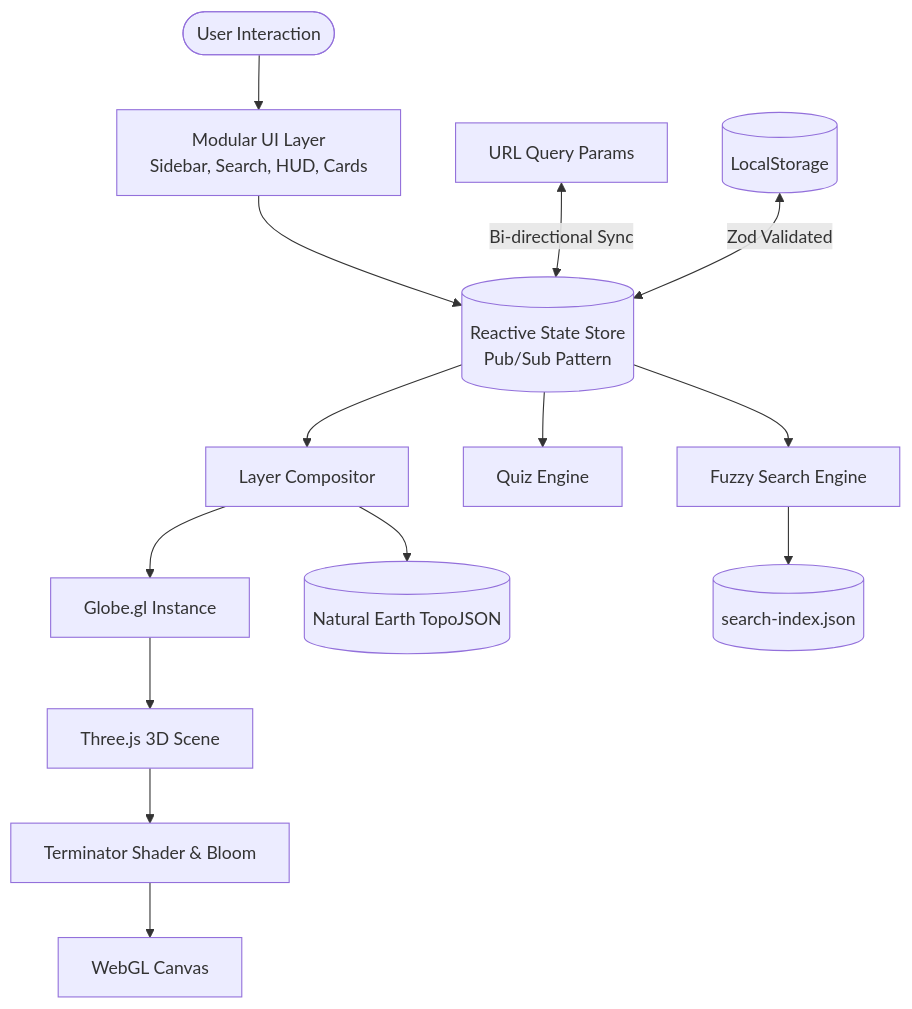
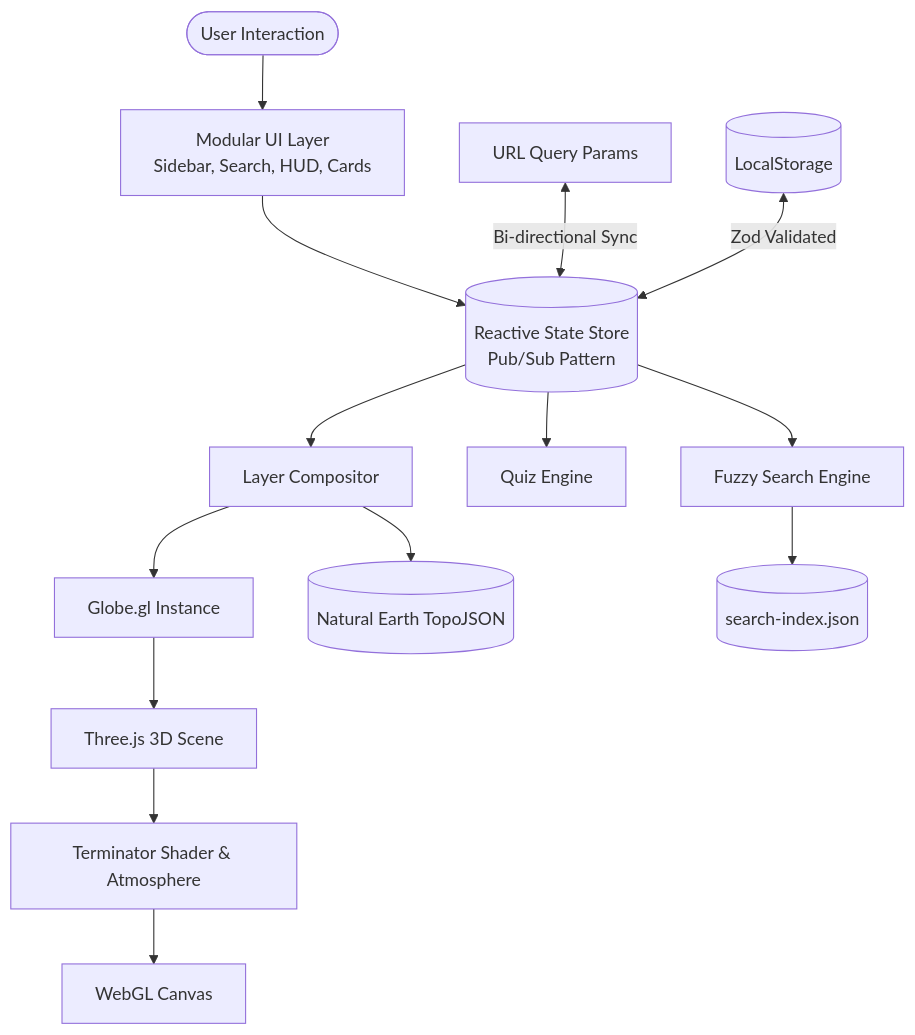
One commit to Tomoneczek/terralearn changed the diagram in README.md. Above: the diagram before and after it, drawn with Mermaid. The commit also changed other lines of this file and 65 other files, not shown here.

````diff
--- a/README.md
+++ b/README.md
@@ -53,19 +53,19 @@
 ```mermaid
 graph TD
   User([User Interaction]) --> UI[Modular UI Layer<br/>Sidebar, Search, HUD, Cards]
   UI --> Store[(Reactive State Store<br/>Pub/Sub Pattern)]
   URL[URL Query Params] <-->|Bi-directional Sync| Store
   Storage[(LocalStorage)] <-->|Zod Validated| Store
 
   Store --> Compositor[Layer Compositor]
   Store --> Quiz[Quiz Engine]
   Store --> SearchEngine[Fuzzy Search Engine]
 
   Compositor --> ThreeGlobe[Globe.gl Instance]
   ThreeGlobe --> ThreeScene[Three.js 3D Scene]
-  ThreeScene --> Shader[Terminator Shader & Bloom]
+  ThreeScene --> Shader[Terminator Shader & Atmosphere]
   Shader --> Canvas[WebGL Canvas]
 
   SearchEngine --> SearchData[(search-index.json)]
   Compositor --> TopoData[(Natural Earth TopoJSON)]
 ```
````
